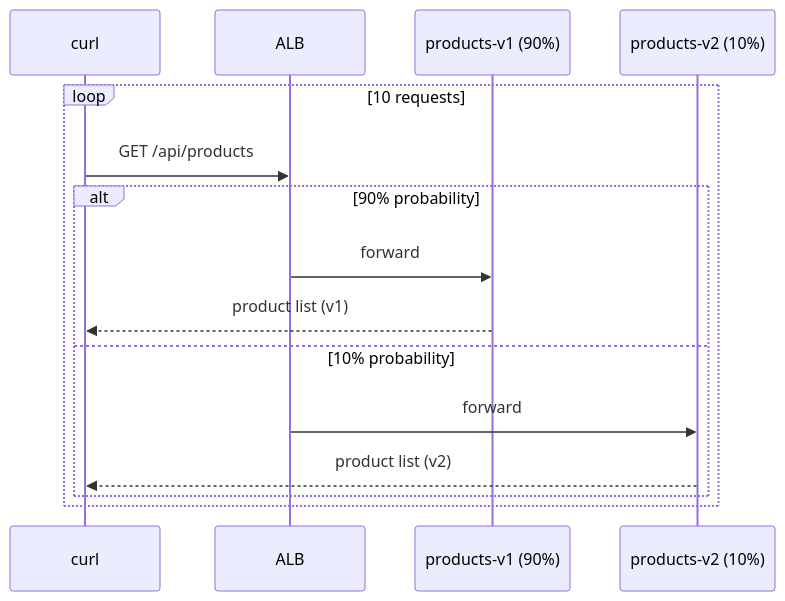
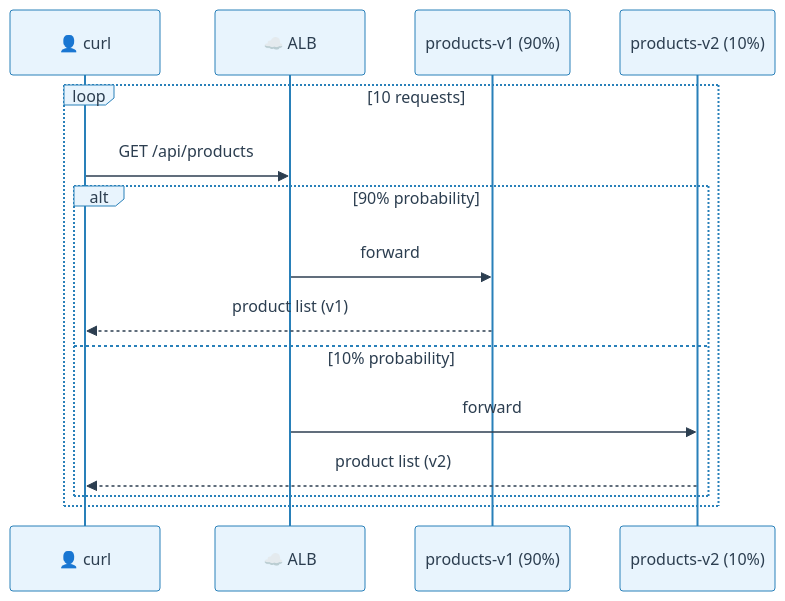
The second of 5 diagrams in docs/labs/lab-03-demo-scenarios.md (DKT-AI/gateway-api-migration-demo), drawn with Mermaid before and after one commit. The commit also changed other lines of this file and 4 other files, not shown here.

First line of the commit message:
Style all mermaid diagrams with ocean palette for GitHub

````diff
--- a/docs/labs/lab-03-demo-scenarios.md
+++ b/docs/labs/lab-03-demo-scenarios.md
@@ -43,18 +55,19 @@
 ```mermaid
+%%{init: {'theme': 'base', 'themeVariables': {'primaryColor': '#E8F4FD', 'primaryTextColor': '#2C3E50', 'primaryBorderColor': '#2980B9', 'lineColor': '#7F8C8D', 'secondaryColor': '#F0F7EE', 'tertiaryColor': '#F3E8FF', 'actorBkg': '#E8F4FD', 'actorBorder': '#2980B9', 'actorTextColor': '#2C3E50', 'signalColor': '#2C3E50', 'signalTextColor': '#2C3E50'}}}%%
 sequenceDiagram
-    participant C as curl
-    participant ALB as ALB
+    participant C as 👤 curl
+    participant ALB as ☁️ ALB
     participant V1 as products-v1 (90%)
     participant V2 as products-v2 (10%)
 
     loop 10 requests
         C->>ALB: GET /api/products
         alt 90% probability
             ALB->>V1: forward
             V1-->>C: product list (v1)
         else 10% probability
             ALB->>V2: forward
             V2-->>C: product list (v2)
         end
     end
 ```
````
